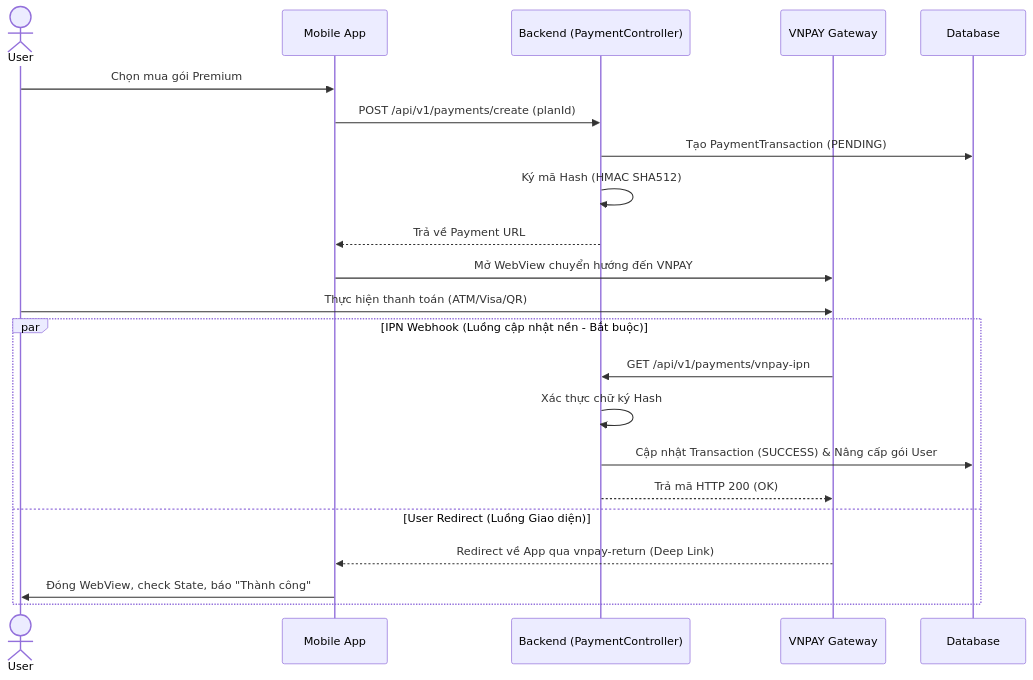
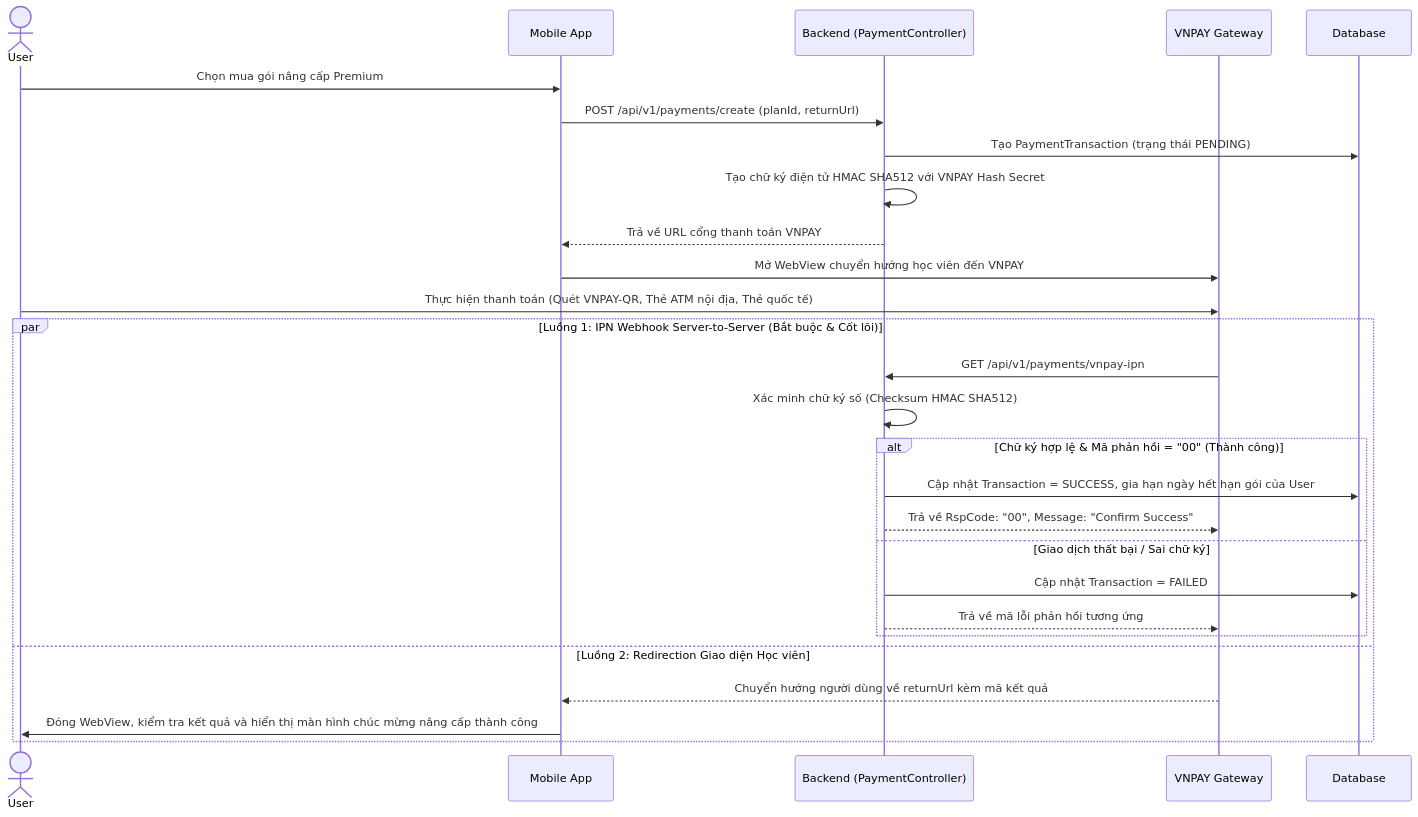
The fifth of 5 diagrams in docs/module_2/flow.md (Son-COC-145/english-ed-backend), drawn with Mermaid before and after one commit. The commit also changed other lines of this file and 2 other files, not shown here.

````diff
--- a/docs/module_2/flow.md
+++ b/docs/module_2/flow.md
@@ -153,27 +416,32 @@
 ```mermaid
 sequenceDiagram
     actor User
     participant App as Mobile App
     participant BE as Backend (PaymentController)
     participant VNP as VNPAY Gateway
     participant DB as Database
 
-    User->>App: Chọn mua gói Premium
-    App->>BE: POST /api/v1/payments/create (planId)
-    BE->>DB: Tạo PaymentTransaction (PENDING)
-    BE->>BE: Ký mã Hash (HMAC SHA512)
-    BE-->>App: Trả về Payment URL
-    App->>VNP: Mở WebView chuyển hướng đến VNPAY
+    User->>App: Chọn mua gói nâng cấp Premium
+    App->>BE: POST /api/v1/payments/create (planId, returnUrl)
+    BE->>DB: Tạo PaymentTransaction (trạng thái PENDING)
+    BE->>BE: Tạo chữ ký điện tử HMAC SHA512 với VNPAY Hash Secret
+    BE-->>App: Trả về URL cổng thanh toán VNPAY
+    App->>VNP: Mở WebView chuyển hướng học viên đến VNPAY
     
-    User->>VNP: Thực hiện thanh toán (ATM/Visa/QR)
+    User->>VNP: Thực hiện thanh toán (Quét VNPAY-QR, Thẻ ATM nội địa, Thẻ quốc tế)
     
-    par IPN Webhook (Luồng cập nhật nền - Bắt buộc)
+    par Luồng 1: IPN Webhook Server-to-Server (Bắt buộc & Cốt lõi)
         VNP->>BE: GET /api/v1/payments/vnpay-ipn
-        BE->>BE: Xác thực chữ ký Hash
-        BE->>DB: Cập nhật Transaction (SUCCESS) & Nâng cấp gói User
-        BE-->>VNP: Trả mã HTTP 200 (OK)
-    and User Redirect (Luồng Giao diện)
-        VNP-->>App: Redirect về App qua vnpay-return (Deep Link)
-        App->>User: Đóng WebView, check State, báo "Thành công"
+        BE->>BE: Xác minh chữ ký số (Checksum HMAC SHA512)
+        alt Chữ ký hợp lệ & Mã phản hồi = "00" (Thành công)
+            BE->>DB: Cập nhật Transaction = SUCCESS, gia hạn ngày hết hạn gói của User
+            BE-->>VNP: Trả về RspCode: "00", Message: "Confirm Success"
+        else Giao dịch thất bại / Sai chữ ký
+            BE->>DB: Cập nhật Transaction = FAILED
+            BE-->>VNP: Trả về mã lỗi phản hồi tương ứng
+        end
+    and Luồng 2: Redirection Giao diện Học viên
+        VNP-->>App: Chuyển hướng người dùng về returnUrl kèm mã kết quả
+        App->>User: Đóng WebView, kiểm tra kết quả và hiển thị màn hình chúc mừng nâng cấp thành công
     end
 ```
````
